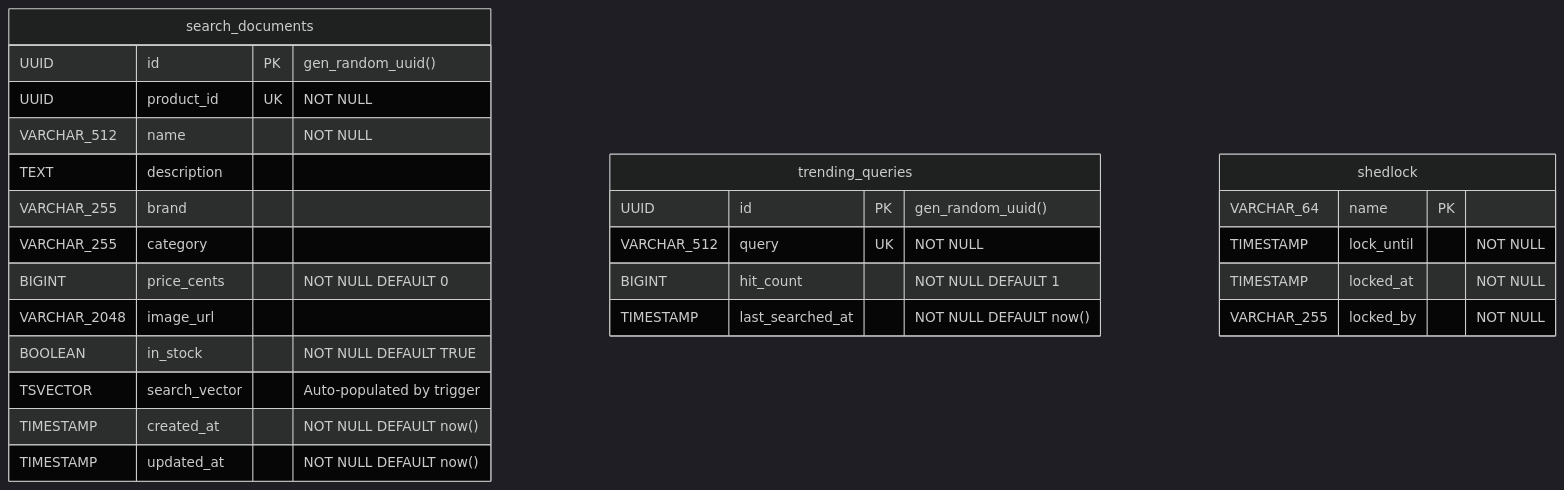
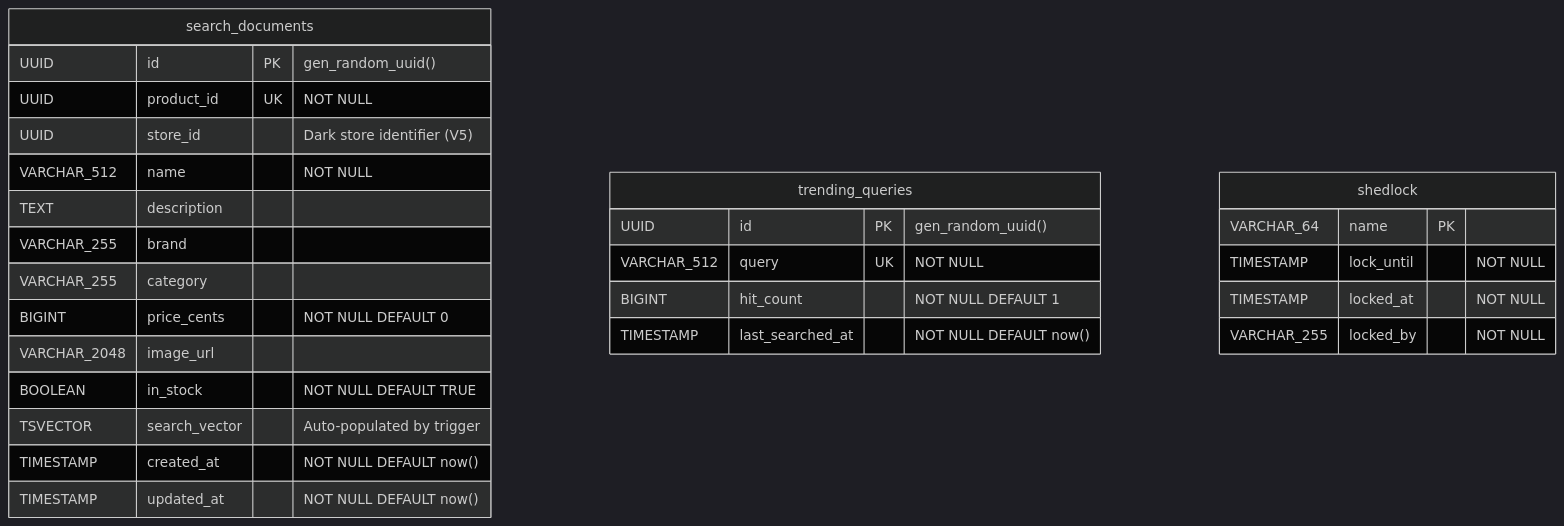
One commit to sunitakeazycommerz-a11y/InstaCommerce changed the seventh of 7 diagrams in services/search-service/README.md. Above: the diagram before and after it, drawn with Mermaid (dark theme). The commit also changed other lines of this file and 77 other files, not shown here.

First line of the commit message:
docs: reconcile monorepo architecture, services and runbooks with codebase truth

````diff
--- a/services/search-service/README.md
+++ b/services/search-service/README.md
@@ -493,31 +495,32 @@
 ```mermaid
 erDiagram
     search_documents {
         UUID id PK "gen_random_uuid()"
         UUID product_id UK "NOT NULL"
+        UUID store_id "Dark store identifier (V5)"
         VARCHAR_512 name "NOT NULL"
         TEXT description
         VARCHAR_255 brand
         VARCHAR_255 category
         BIGINT price_cents "NOT NULL DEFAULT 0"
         VARCHAR_2048 image_url
         BOOLEAN in_stock "NOT NULL DEFAULT TRUE"
         TSVECTOR search_vector "Auto-populated by trigger"
         TIMESTAMP created_at "NOT NULL DEFAULT now()"
         TIMESTAMP updated_at "NOT NULL DEFAULT now()"
     }
 
     trending_queries {
         UUID id PK "gen_random_uuid()"
         VARCHAR_512 query UK "NOT NULL"
         BIGINT hit_count "NOT NULL DEFAULT 1"
         TIMESTAMP last_searched_at "NOT NULL DEFAULT now()"
     }
 
     shedlock {
         VARCHAR_64 name PK
         TIMESTAMP lock_until "NOT NULL"
         TIMESTAMP locked_at "NOT NULL"
         VARCHAR_255 locked_by "NOT NULL"
     }
 ```
````
